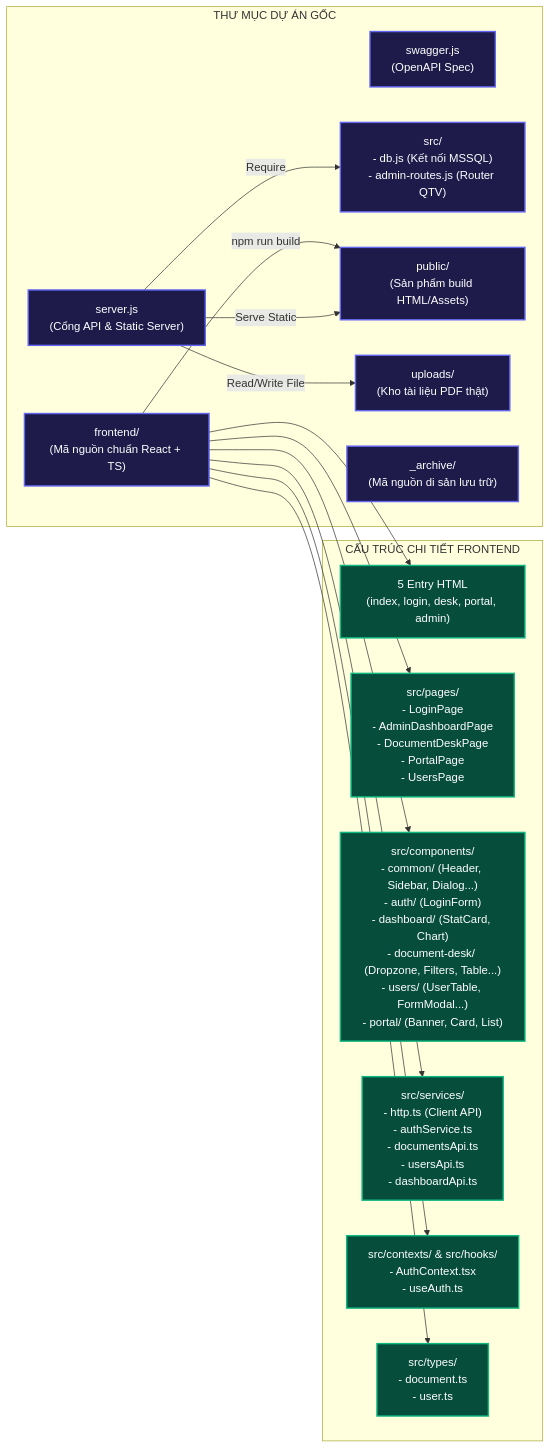
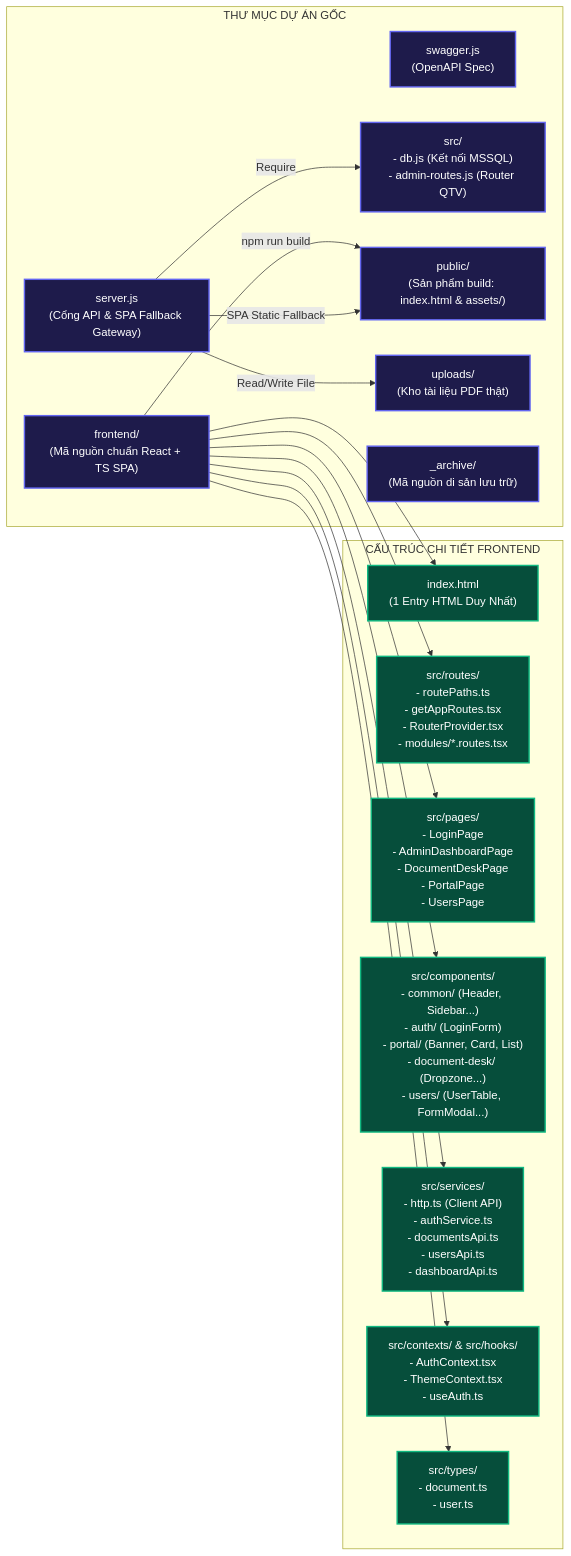
Before and after one commit to NguyenHaiAnh08/qk7-datahub: the second of 5 diagrams in SYSTEM_ARCHITECTURE.md, drawn with Mermaid. The commit also changed other lines of this file and 43 other files, not shown here.

````diff
--- a/SYSTEM_ARCHITECTURE.md
+++ b/SYSTEM_ARCHITECTURE.md
@@ -102,37 +106,39 @@
 ```mermaid
 graph LR
     subgraph ROOT ["THƯ MỤC DỰ ÁN GỐC"]
-        ServerJS["server.js<br/>(Cổng API & Static Server)"]
+        ServerJS["server.js<br/>(Cổng API & SPA Fallback Gateway)"]
         SwaggerJS["swagger.js<br/>(OpenAPI Spec)"]
         SrcBackend["src/<br/>- db.js (Kết nối MSSQL)<br/>- admin-routes.js (Router QTV)"]
-        PublicDir["public/<br/>(Sản phẩm build HTML/Assets)"]
+        PublicDir["public/<br/>(Sản phẩm build: index.html & assets/)"]
         UploadsDir["uploads/<br/>(Kho tài liệu PDF thật)"]
         ArchiveDir["_archive/<br/>(Mã nguồn di sản lưu trữ)"]
-        FrontendDir["frontend/<br/>(Mã nguồn chuẩn React + TS)"]
+        FrontendDir["frontend/<br/>(Mã nguồn chuẩn React + TS SPA)"]
     end
 
     subgraph FRONTEND_SRC ["CẤU TRÚC CHI TIẾT FRONTEND"]
-        F_Entry["5 Entry HTML<br/>(index, login, desk, portal, admin)"]
+        F_Entry["index.html<br/>(1 Entry HTML Duy Nhất)"]
+        F_Routes["src/routes/<br/>- routePaths.ts<br/>- getAppRoutes.tsx<br/>- RouterProvider.tsx<br/>- modules/*.routes.tsx"]
         F_Pages["src/pages/<br/>- LoginPage<br/>- AdminDashboardPage<br/>- DocumentDeskPage<br/>- PortalPage<br/>- UsersPage"]
-        F_Components["src/components/<br/>- common/ (Header, Sidebar, Dialog...)<br/>- auth/ (LoginForm)<br/>- dashboard/ (StatCard, Chart)<br/>- document-desk/ (Dropzone, Filters, Table...)<br/>- users/ (UserTable, FormModal...)<br/>- portal/ (Banner, Card, List)"]
+        F_Components["src/components/<br/>- common/ (Header, Sidebar...)<br/>- auth/ (LoginForm)<br/>- portal/ (Banner, Card, List)<br/>- document-desk/ (Dropzone...)<br/>- users/ (UserTable, FormModal...)"]
         F_Services["src/services/<br/>- http.ts (Client API)<br/>- authService.ts<br/>- documentsApi.ts<br/>- usersApi.ts<br/>- dashboardApi.ts"]
-        F_State["src/contexts/ & src/hooks/<br/>- AuthContext.tsx<br/>- useAuth.ts"]
+        F_State["src/contexts/ & src/hooks/<br/>- AuthContext.tsx<br/>- ThemeContext.tsx<br/>- useAuth.ts"]
         F_Types["src/types/<br/>- document.ts<br/>- user.ts"]
     end
 
     FrontendDir --> F_Entry
+    FrontendDir --> F_Routes
     FrontendDir --> F_Pages
     FrontendDir --> F_Components
     FrontendDir --> F_Services
     FrontendDir --> F_State
     FrontendDir --> F_Types
     FrontendDir -->|npm run build| PublicDir
-    ServerJS -->|Serve Static| PublicDir
+    ServerJS -->|SPA Static Fallback| PublicDir
     ServerJS -->|Require| SrcBackend
     ServerJS -->|Read/Write File| UploadsDir
 
     classDef rootBox fill:#1e1b4b,stroke:#6366f1,stroke-width:2px,color:#fff;
     classDef feBox fill:#064e3b,stroke:#10b981,stroke-width:2px,color:#fff;
     class ServerJS,SwaggerJS,SrcBackend,PublicDir,UploadsDir,ArchiveDir,FrontendDir rootBox;
-    class F_Entry,F_Pages,F_Components,F_Services,F_State,F_Types feBox;
+    class F_Entry,F_Routes,F_Pages,F_Components,F_Services,F_State,F_Types feBox;
 ```
````
